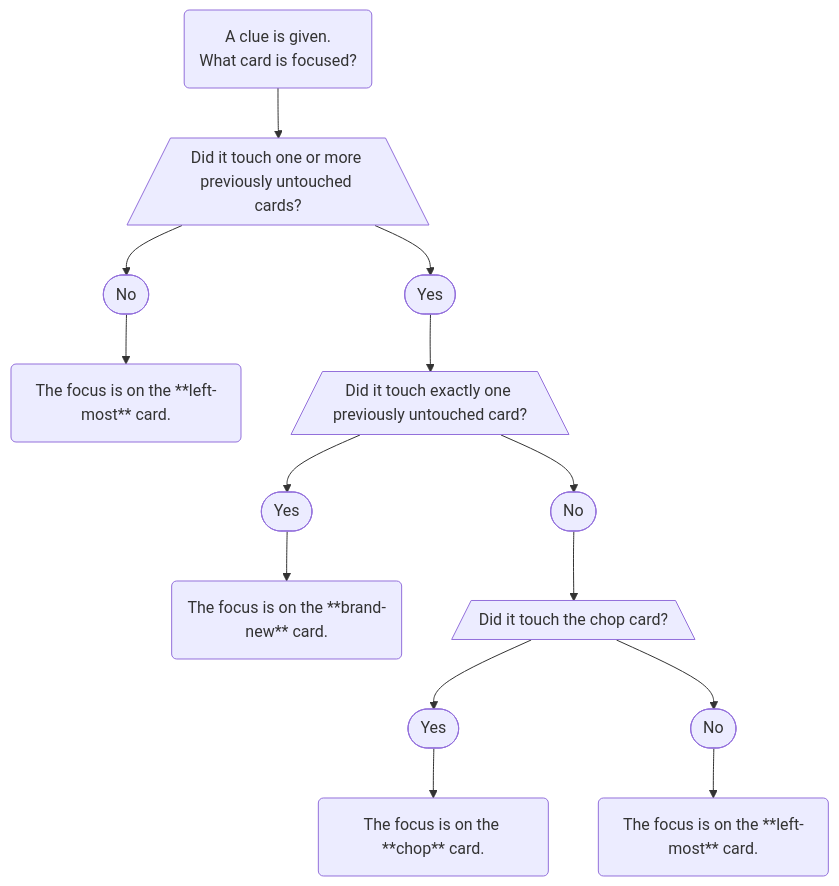
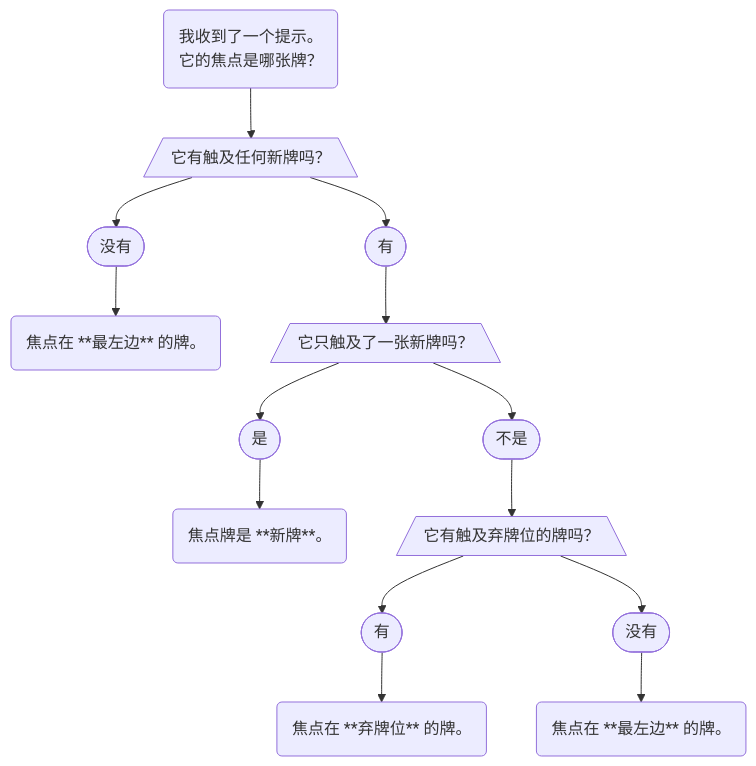
One commit to TRCYX/H-Group changed the diagram in i18n/zh/docusaurus-plugin-content-docs/current/level-1.mdx. Above: the diagram before and after it, drawn with Mermaid. The commit also changed other lines of this file, not shown here.

````diff
--- a/i18n/zh/docusaurus-plugin-content-docs/current/level-1.mdx
+++ b/i18n/zh/docusaurus-plugin-content-docs/current/level-1.mdx
@@ -58,37 +59,37 @@
 ```mermaid
 flowchart TD;
 
-S(A clue is given.<br />What card is focused?)
-D1[/Did it touch one or more previously untouched cards?\]
-D1Y([Yes])
-D1N([No])
-D1NL(The focus is on the **left-most** card.)
-D2[/Did it touch exactly one previously untouched card?\]
-D2Y([Yes])
-D2N([No])
-D2YL(The focus is on the **brand-new** card.)
-D3[/Did it touch the chop card?\]
-D3Y([Yes])
-D3N([No])
-D3YL(The focus is on the **chop** card.)
-D3NL(The focus is on the **left-most** card.)
+S(我收到了一个提示。<br />它的焦点是哪张牌？)
+D1[/它有触及任何新牌吗？\]
+D1Y([有])
+D1N([没有])
+D1NL(焦点在 **最左边** 的牌。)
+D2[/它只触及了一张新牌吗？\]
+D2Y([是])
+D2N([不是])
+D2YL(焦点牌是 **新牌**。)
+D3[/它有触及弃牌位的牌吗？\]
+D3Y([有])
+D3N([没有])
+D3YL(焦点在 **弃牌位** 的牌。)
+D3NL(焦点在 **最左边** 的牌。)
 
 class D1Y,D2Y,D3Y node-yes
 class D1N,D2N,D3N node-no
 class S,D1NL,D2YL,D3YL,D3NL node-act
 class D1,D2,D3 node-dec
 
 S --> D1;
 D1 --> D1Y;
 D1 --> D1N;
 D1N --> D1NL;
 D1Y --> D2;
 D2 --> D2Y;
 D2 --> D2N;
 D2Y --> D2YL;
 D2N --> D3;
 D3 --> D3Y;
 D3 --> D3N;
 D3Y --> D3YL;
 D3N --> D3NL;
 ```
````
